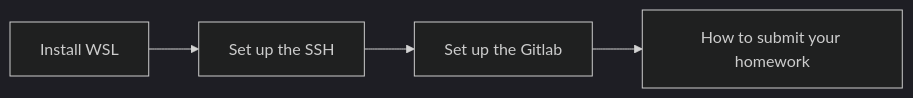
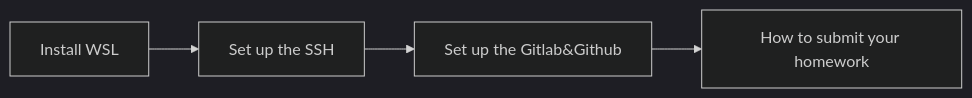
Before and after one commit to GiggleLiu/ScientificComputingForPhysicists: the diagram in contents/section1/livecoding.md, drawn with Mermaid. The commit also changed other lines of this file, not shown here.

````diff
--- a/contents/section1/livecoding.md
+++ b/contents/section1/livecoding.md
@@ -38,7 +38,7 @@
 ```mermaid
 %%{init: {'theme':'dark'}}%%
 graph LR;
     A[Install WSL]-->B[Set up the SSH];
-    B-->C[Set up the Gitlab];
+    B-->C[Set up the Gitlab&Github];
     C-->D[How to submit your homework];
 ```
````
